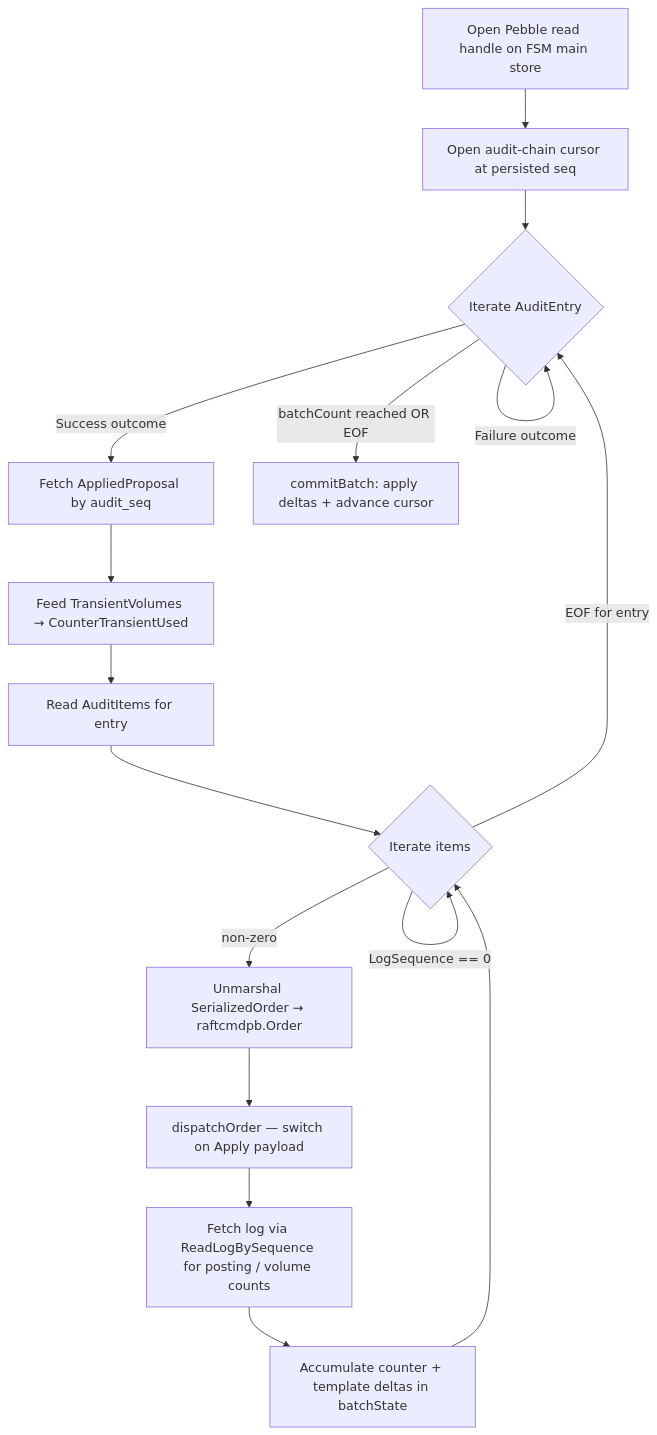
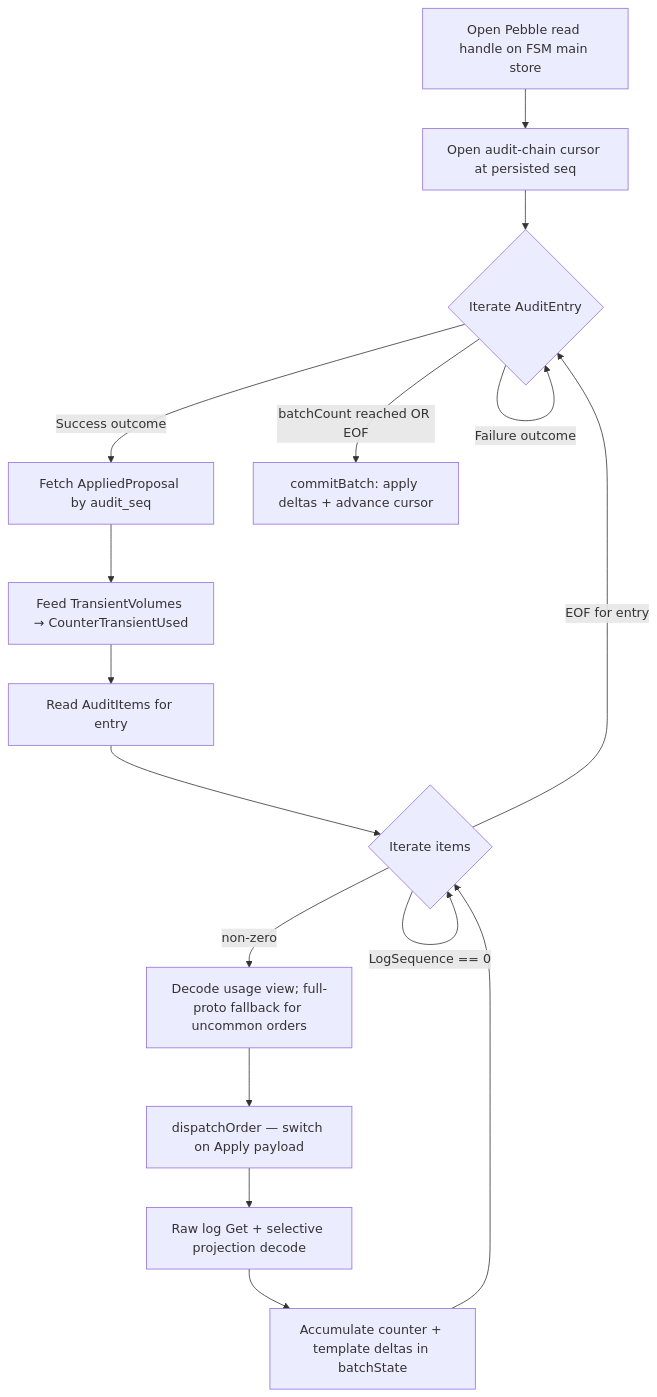
Before and after one commit to formancehq/ledger: the second of 2 diagrams in docs/technical/architecture/subsystems/usage/usagebuilder.md, drawn with Mermaid. The commit also changed other lines of this file and 6 other files, not shown here.

Commit message:
perf(usage): decode only projected audit fields

````diff
--- a/docs/technical/architecture/subsystems/usage/usagebuilder.md
+++ b/docs/technical/architecture/subsystems/usage/usagebuilder.md
@@ -46,18 +46,18 @@
 ```mermaid
 flowchart TB
     A[Open Pebble read handle on FSM main store] --> B[Open audit-chain cursor at persisted seq]
     B --> C{Iterate AuditEntry}
     C -->|Success outcome| D[Fetch AppliedProposal by audit_seq]
     C -->|Failure outcome| C
     D --> E[Feed TransientVolumes → CounterTransientUsed]
     E --> F[Read AuditItems for entry]
     F --> G{Iterate items}
     G -->|LogSequence == 0| G
-    G -->|non-zero| H[Unmarshal SerializedOrder → raftcmdpb.Order]
+    G -->|non-zero| H[Decode usage view; full-proto fallback for uncommon orders]
     H --> I[dispatchOrder — switch on Apply payload]
-    I --> J[Fetch log via ReadLogBySequence for posting / volume counts]
+    I --> J[Raw log Get + selective projection decode]
     J --> K[Accumulate counter + template deltas in batchState]
     K --> G
     G -->|EOF for entry| C
     C -->|batchCount reached OR EOF| L[commitBatch: apply deltas + advance cursor]
 ```
````
